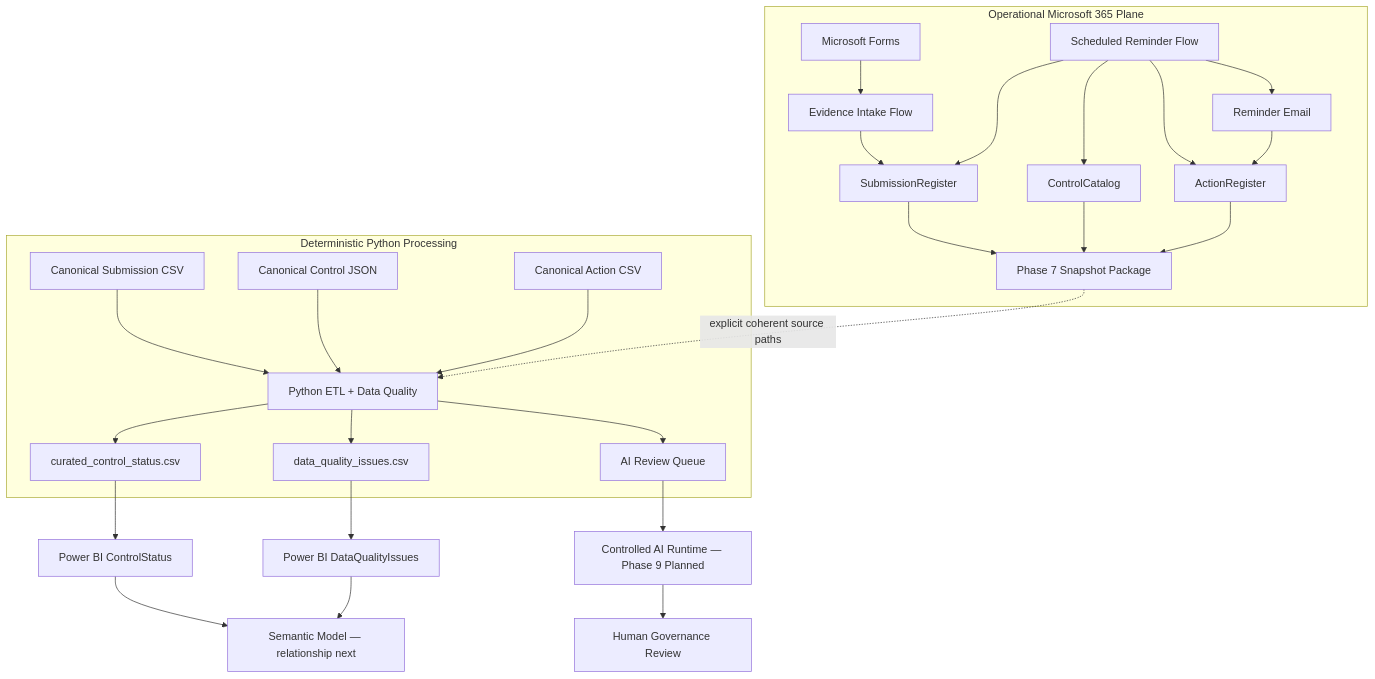
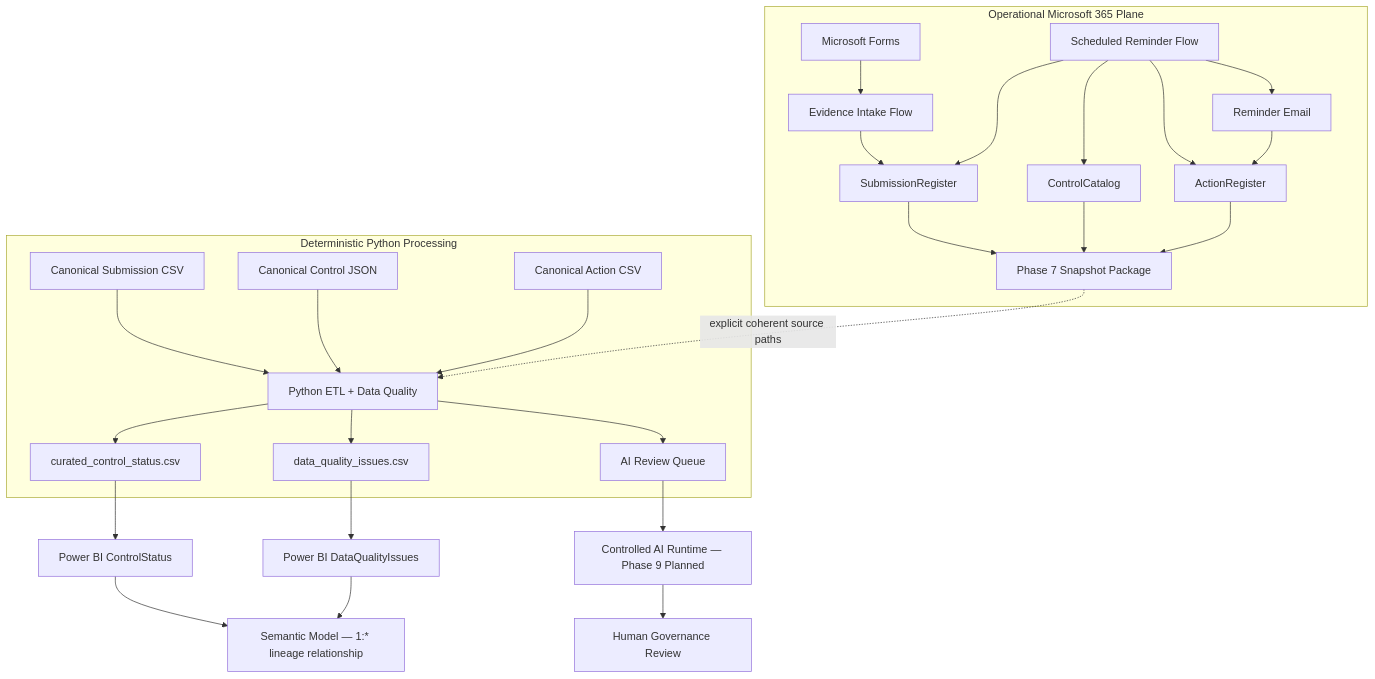
The diagram in README.md (gw-ai-security/cyber-governance-automation-lab), drawn with Mermaid before and after one commit. The commit also changed other lines of this file, not shown here.

````diff
--- a/README.md
+++ b/README.md
@@ -77,32 +79,32 @@
 ```mermaid
 flowchart TD
     subgraph OP[Operational Microsoft 365 Plane]
         A[Microsoft Forms] --> B[Evidence Intake Flow]
         B --> C[SubmissionRegister]
         D[Scheduled Reminder Flow] --> C
         D --> E[ControlCatalog]
         D --> F[ActionRegister]
         D --> G[Reminder Email]
         G --> F
         C --> S[Phase 7 Snapshot Package]
         E --> S
         F --> S
     end
 
     subgraph PY[Deterministic Python Processing]
         H[Canonical Submission CSV] --> K[Python ETL + Data Quality]
         I[Canonical Control JSON] --> K
         J[Canonical Action CSV] --> K
         S -. explicit coherent source paths .-> K
         K --> L[curated_control_status.csv]
         K --> M[data_quality_issues.csv]
         K --> N[AI Review Queue]
     end
 
     L --> P[Power BI ControlStatus]
     M --> O[Power BI DataQualityIssues]
-    P --> R[Semantic Model — relationship next]
+    P --> R[Semantic Model — 1:* lineage relationship]
     O --> R
     N --> Q[Controlled AI Runtime — Phase 9 Planned]
     Q --> T[Human Governance Review]
 ```
````
